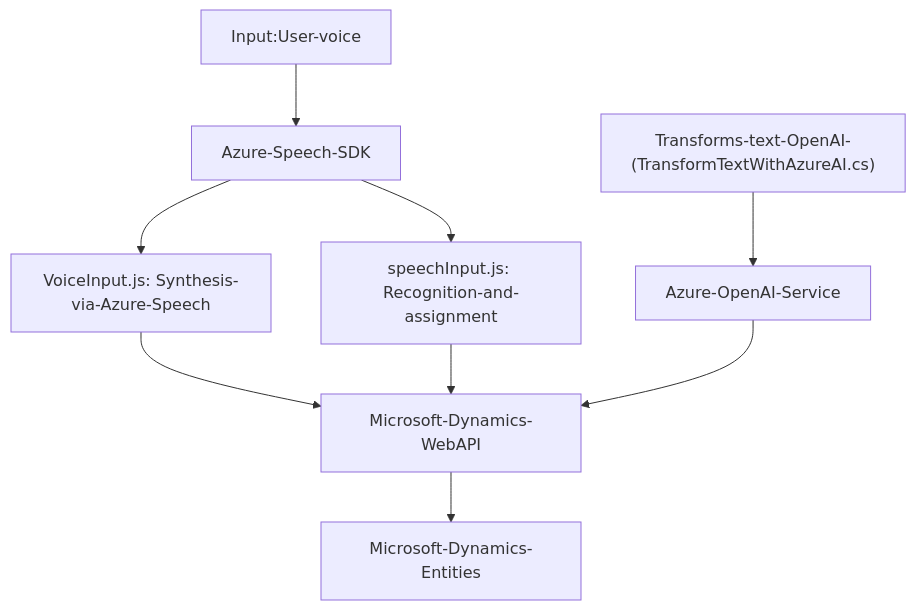
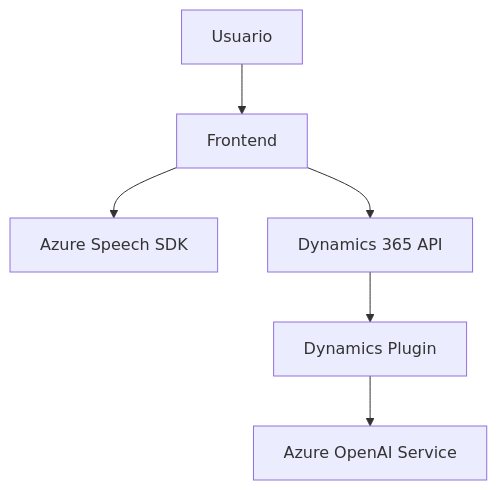
The diagram in README.md (blopezdm/NETCORE_BILBAO2025), drawn with Mermaid before and after one commit. The commit also changed other lines of this file, not shown here.

````diff
--- a/README.md
+++ b/README.md
@@ -43,20 +67,14 @@
 ```mermaid
 graph TD
-    A["VoiceInput.js: Synthesis-via-Azure-Speech"]
-    B["speechInput.js: Recognition-and-assignment"]
-    C["Transforms-text-OpenAI-(TransformTextWithAzureAI.cs)"]
-    D["Azure-Speech-SDK"]
-    E["Input:User-voice"]
-    F["Microsoft-Dynamics-WebAPI"]
-    G["Azure-OpenAI-Service"]
-    H["Microsoft-Dynamics-Entities"]
-
-    E --> D
-    D --> A
-    D --> B
-    A --> F
-    B --> F
-    C --> G
-    G --> F
-    F --> H
+    A["Usuario"]
+    B["Frontend"]
+    C["Azure Speech SDK"]
+    D["Dynamics 365 API"]
+    E["Dynamics Plugin"]
+    F["Azure OpenAI Service"]
+    A --> B
+    B --> C
+    B --> D
+    D --> E
+    E --> F
 ```
````
